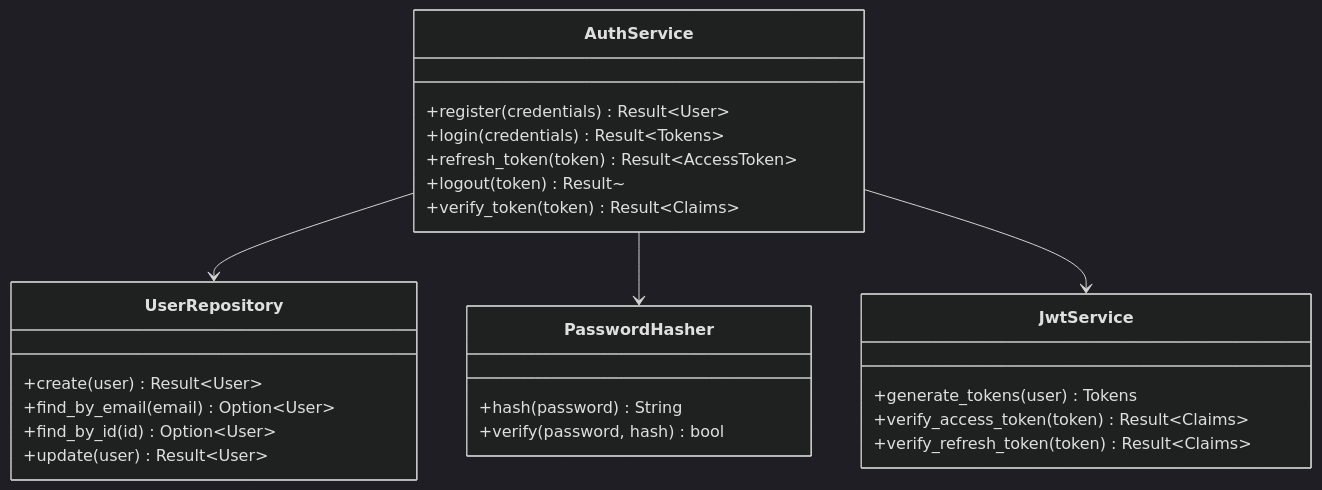
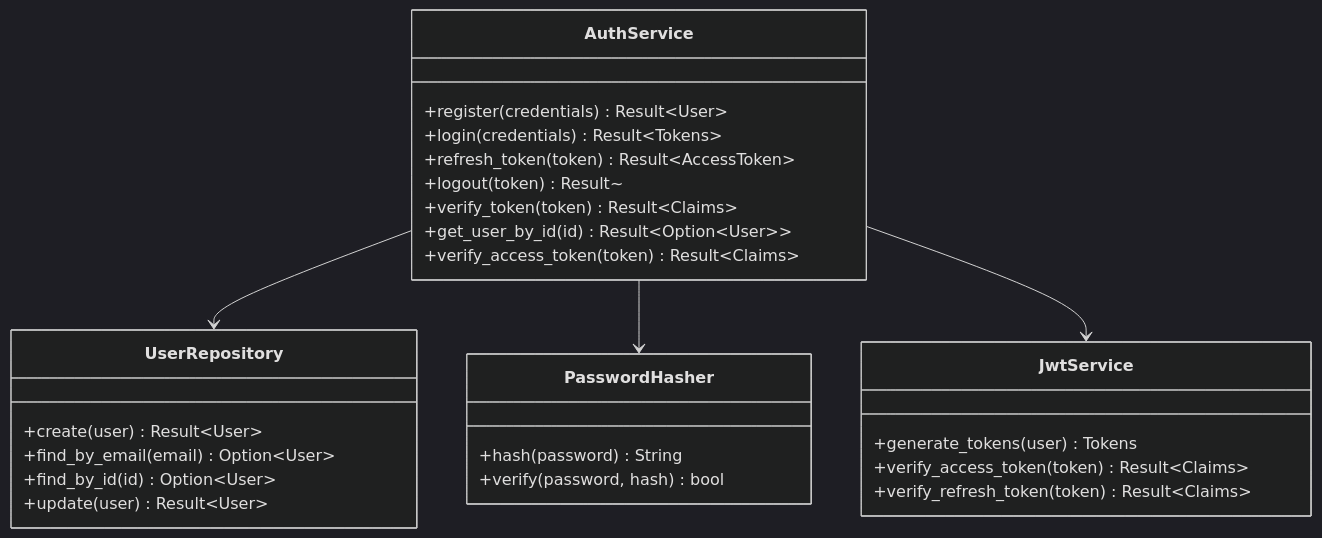
Before and after one commit to hoolheart/kayak: the first of 4 diagrams in arch.md, drawn with Mermaid (dark theme). The commit also changed other lines of this file and 1 other file, not shown here.

First line of the commit message:
docs: update roadmap and arch.md with completed auth features

````diff
--- a/arch.md
+++ b/arch.md
@@ -191,32 +191,34 @@
 ```mermaid
 classDiagram
     class AuthService {
         +register(credentials) Result~User~
         +login(credentials) Result~Tokens~
         +refresh_token(token) Result~AccessToken~
         +logout(token) Result~
         +verify_token(token) Result~Claims~
+        +get_user_by_id(id) Result~Option~User~~
+        +verify_access_token(token) Result~Claims~
     }
     
     class UserRepository {
         +create(user) Result~User~
         +find_by_email(email) Option~User~
         +find_by_id(id) Option~User~
         +update(user) Result~User~
     }
     
     class PasswordHasher {
         +hash(password) String
         +verify(password, hash) bool
     }
     
     class JwtService {
         +generate_tokens(user) Tokens
         +verify_access_token(token) Result~Claims~
         +verify_refresh_token(token) Result~Claims~
     }
     
     AuthService --> UserRepository
     AuthService --> PasswordHasher
     AuthService --> JwtService
 ```
````
